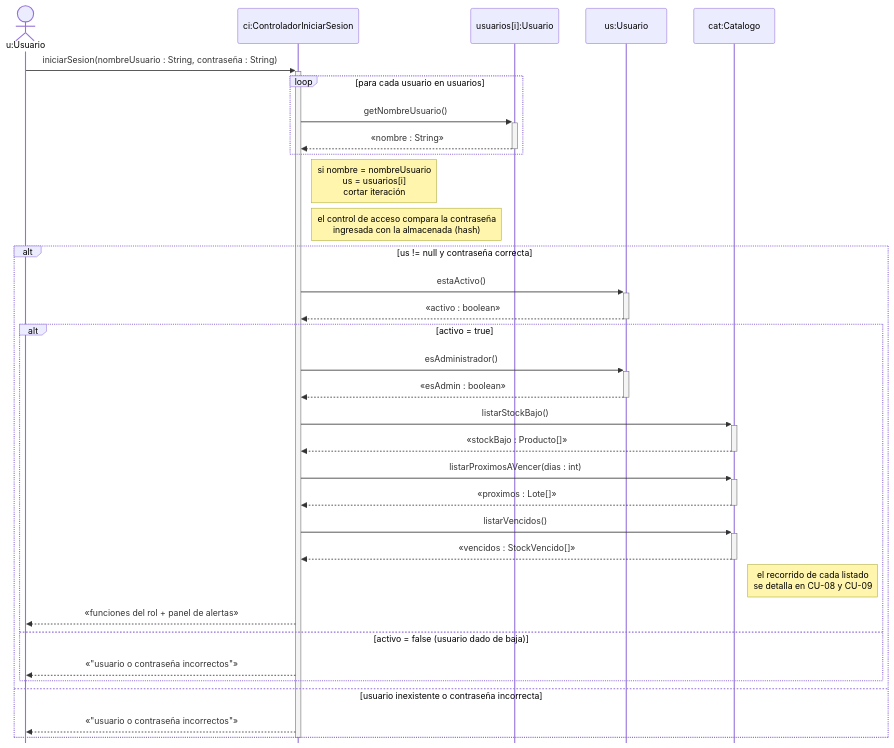
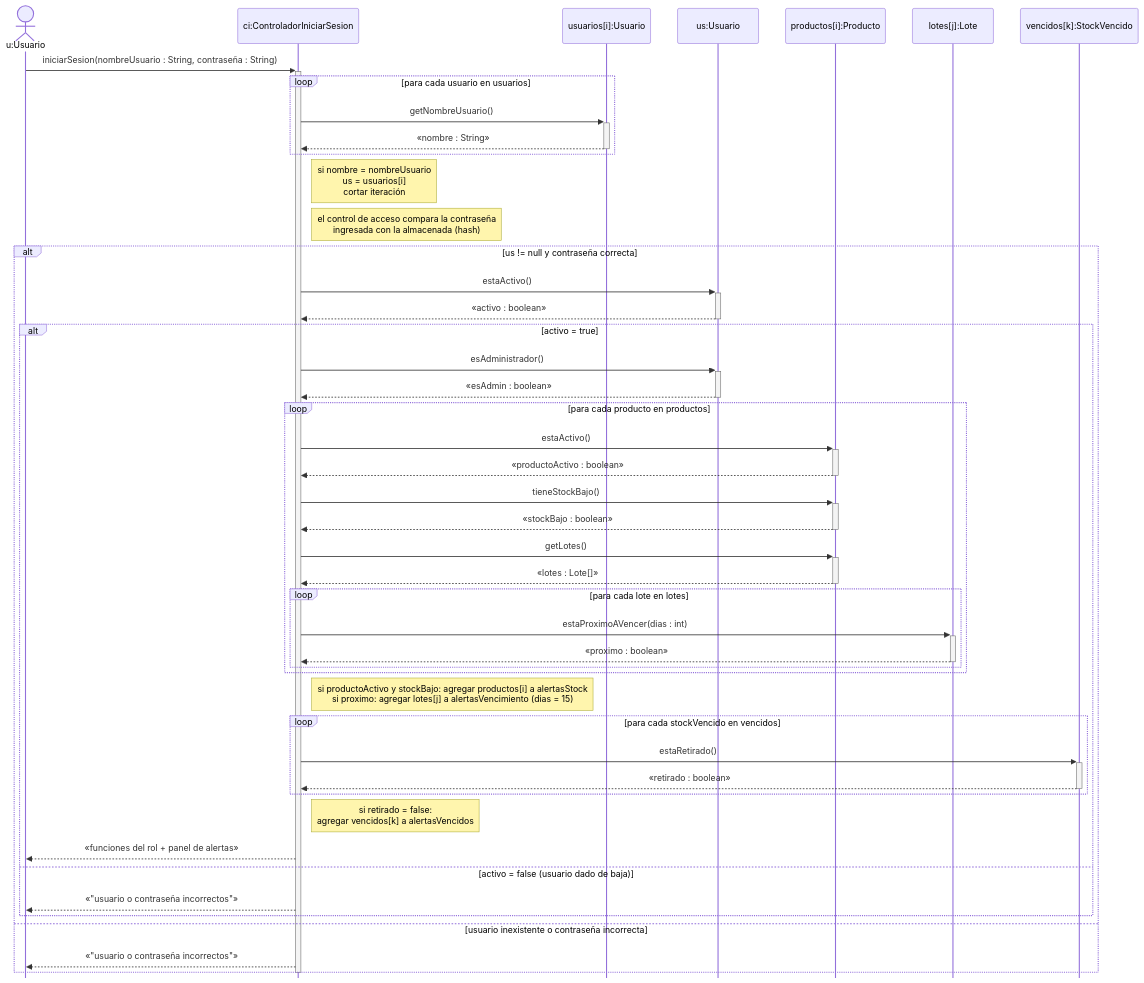
The first of 17 diagrams in 08-Diagrama De Secuencia/Diagramas_de_Secuencia.md (cirotop/Stock-Project), drawn with Mermaid before and after one commit. The commit also changed other lines of this file, not shown here.

````diff
--- a/08-Diagrama De Secuencia/Diagramas_de_Secuencia.md
+++ b/08-Diagrama De Secuencia/Diagramas_de_Secuencia.md
@@ -21,38 +23,51 @@
 ```mermaid
 %%{init: {"sequence": {"mirrorActors": false}, "themeCSS": ".loopLine { stroke-dasharray: none !important; stroke-width: 1.5px !important; }"}}%%
 sequenceDiagram
     actor u as u:Usuario
     participant ci as ci:ControladorIniciarSesion
     participant ui as usuarios[i]:Usuario
     participant us as us:Usuario
-    participant cat as cat:Catalogo
+    participant pi as productos[i]:Producto
+    participant li as lotes[j]:Lote
+    participant vi as vencidos[k]:StockVencido
 
     u->>+ci: iniciarSesion(nombreUsuario : String, contraseña : String)
     loop para cada usuario en usuarios
         ci->>+ui: getNombreUsuario()
         ui-->>-ci: «nombre : String»
     end
     Note right of ci: si nombre = nombreUsuario<br/>us = usuarios[i]<br/>cortar iteración
     Note right of ci: el control de acceso compara la contraseña<br/>ingresada con la almacenada (hash)
     alt us != null y contraseña correcta
         ci->>+us: estaActivo()
         us-->>-ci: «activo : boolean»
         alt activo = true
             ci->>+us: esAdministrador()
             us-->>-ci: «esAdmin : boolean»
-            ci->>+cat: listarStockBajo()
-            cat-->>-ci: «stockBajo : Producto[]»
-            ci->>+cat: listarProximosAVencer(dias : int)
-            cat-->>-ci: «proximos : Lote[]»
-            ci->>+cat: listarVencidos()
-            cat-->>-ci: «vencidos : StockVencido[]»
-            Note right of cat: el recorrido de cada listado<br/>se detalla en CU-08 y CU-09
+            loop para cada producto en productos
+                ci->>+pi: estaActivo()
+                pi-->>-ci: «productoActivo : boolean»
+                ci->>+pi: tieneStockBajo()
+                pi-->>-ci: «stockBajo : boolean»
+                ci->>+pi: getLotes()
+                pi-->>-ci: «lotes : Lote[]»
+                loop para cada lote en lotes
+                    ci->>+li: estaProximoAVencer(dias : int)
+                    li-->>-ci: «proximo : boolean»
+                end
+            end
+            Note right of ci: si productoActivo y stockBajo: agregar productos[i] a alertasStock<br/>si proximo: agregar lotes[j] a alertasVencimiento (dias = 15)
+            loop para cada stockVencido en vencidos
+                ci->>+vi: estaRetirado()
+                vi-->>-ci: «retirado : boolean»
+            end
+            Note right of ci: si retirado = false:<br/>agregar vencidos[k] a alertasVencidos
             ci-->>u: «funciones del rol + panel de alertas»
         else activo = false (usuario dado de baja)
             ci-->>u: «"usuario o contraseña incorrectos"»
         end
     else usuario inexistente o contraseña incorrecta
         ci-->>u: «"usuario o contraseña incorrectos"»
     end
     deactivate ci
 ```
````
